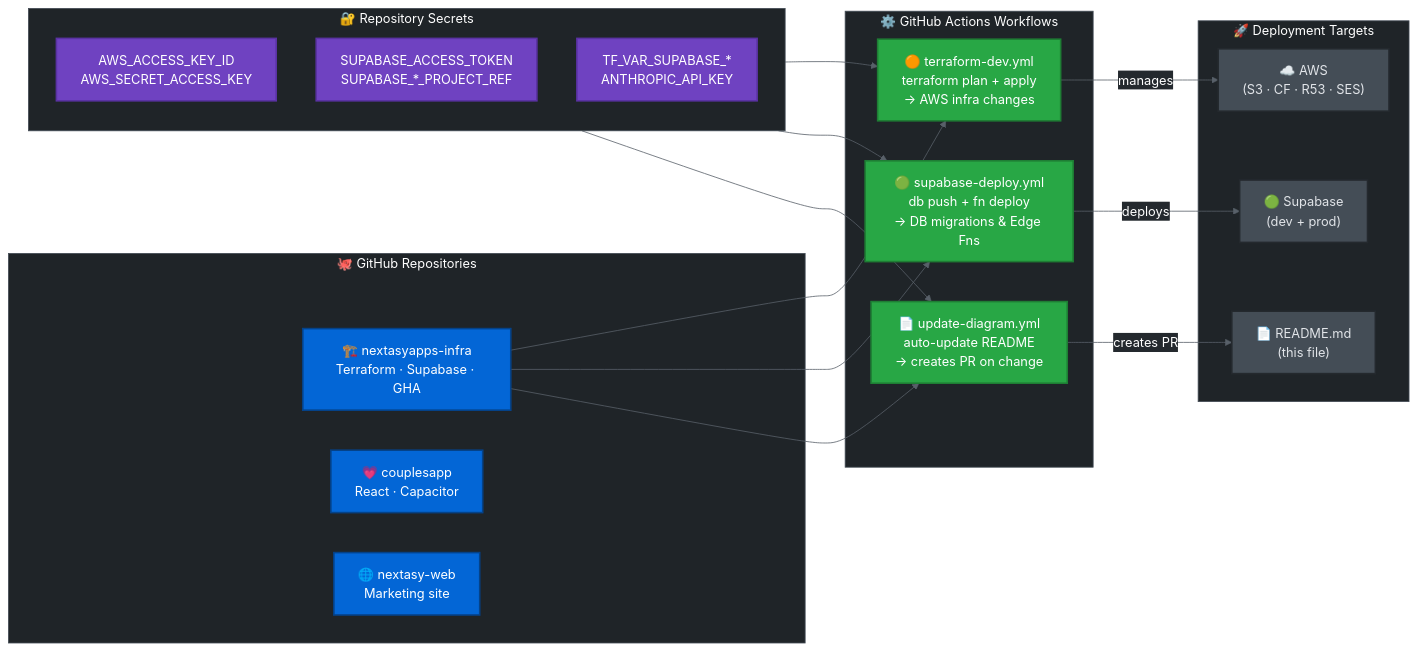
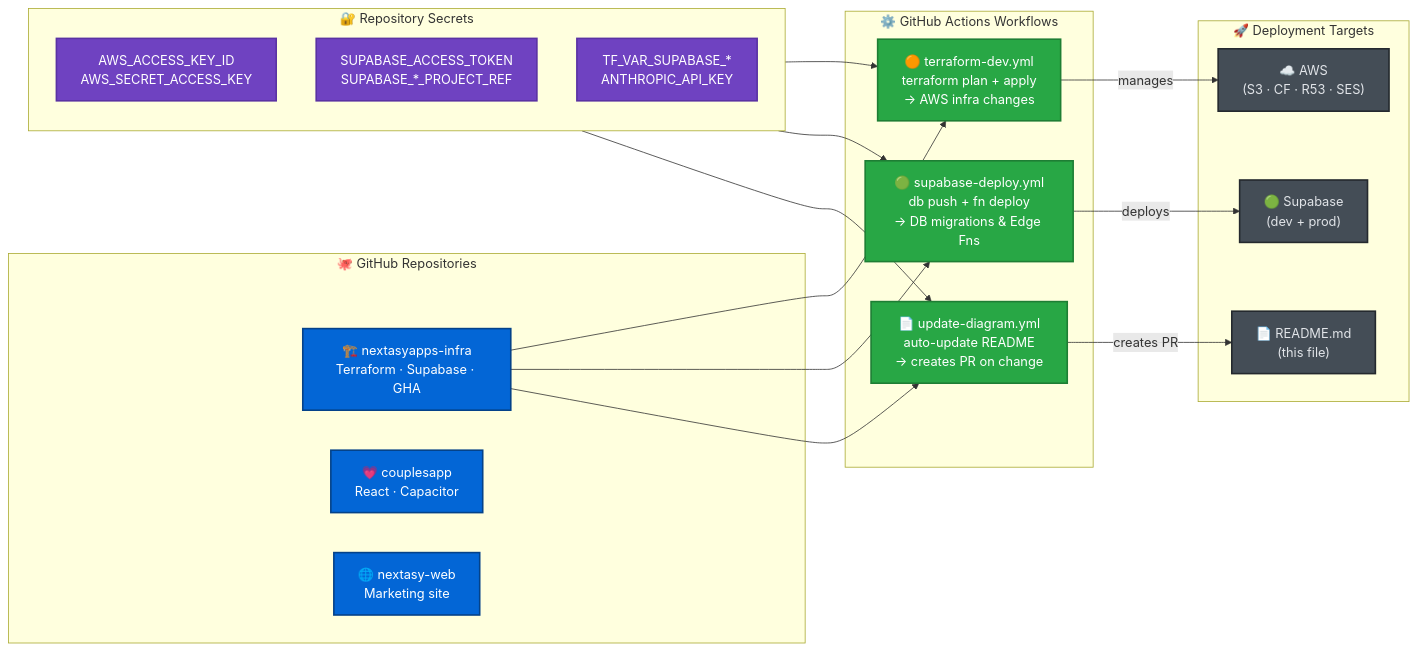
Before and after one commit to marcuss/nextasyapps-infra: the second of 5 diagrams in README.md, drawn with Mermaid. The commit also changed other lines of this file, not shown here.

Commit message:
fix: remove %%{init}%% Mermaid theme blocks (break GitHub rendering) + update prod diagram

````diff
--- a/README.md
+++ b/README.md
@@ -64,47 +63,46 @@
 ```mermaid
-%%{init: {'theme': 'base', 'themeVariables': {'primaryColor': '#24292E', 'primaryTextColor': '#ffffff', 'primaryBorderColor': '#444d56', 'lineColor': '#586069', 'secondaryColor': '#1f2428', 'tertiaryColor': '#2f363d', 'background': '#24292E', 'edgeLabelBackground': '#24292E', 'clusterBkg': '#1f2428', 'clusterBorder': '#444d56', 'fontFamily': 'ui-monospace, monospace', 'titleColor': '#ffffff'}}}%%
 graph LR
     subgraph REPOS["🐙 GitHub Repositories"]
         R_INFRA["🏗️ nextasyapps-infra\nTerraform · Supabase · GHA"]
         R_WEB["💗 couplesapp\nReact · Capacitor"]
         R_SITE["🌐 nextasy-web\nMarketing site"]
     end
 
     subgraph SECRETS["🔐 Repository Secrets"]
         SEC1["AWS_ACCESS_KEY_ID\nAWS_SECRET_ACCESS_KEY"]
         SEC2["SUPABASE_ACCESS_TOKEN\nSUPABASE_*_PROJECT_REF"]
         SEC3["TF_VAR_SUPABASE_*\nANTHROPIC_API_KEY"]
     end
 
     subgraph WORKFLOWS["⚙️ GitHub Actions Workflows"]
         WF_TF["🟠 terraform-dev.yml\nterraform plan + apply\n→ AWS infra changes"]
         WF_SB["🟢 supabase-deploy.yml\ndb push + fn deploy\n→ DB migrations & Edge Fns"]
         WF_DIAG["📄 update-diagram.yml\nauto-update README\n→ creates PR on change"]
     end
 
     subgraph TARGETS["🚀 Deployment Targets"]
         T_AWS["☁️ AWS\n(S3 · CF · R53 · SES)"]
         T_SB["🟢 Supabase\n(dev + prod)"]
         T_README["📄 README.md\n(this file)"]
     end
 
     R_INFRA --> WF_TF
     R_INFRA --> WF_SB
     R_INFRA --> WF_DIAG
     SECRETS --> WF_TF
     SECRETS --> WF_SB
     SECRETS --> WF_DIAG
     WF_TF -->|manages| T_AWS
     WF_SB -->|deploys| T_SB
     WF_DIAG -->|creates PR| T_README
 
     classDef repo fill:#0366D6,stroke:#044289,stroke-width:2px,color:#ffffff
     classDef secret fill:#6f42c1,stroke:#5a32a3,stroke-width:2px,color:#ffffff
     classDef workflow fill:#28A745,stroke:#1e7e34,stroke-width:2px,color:#ffffff
     classDef target fill:#444d56,stroke:#24292E,stroke-width:2px,color:#e1e4e8
 
     class R_INFRA,R_WEB,R_SITE repo
     class SEC1,SEC2,SEC3 secret
     class WF_TF,WF_SB,WF_DIAG workflow
     class T_AWS,T_SB,T_README target
 ```
````
